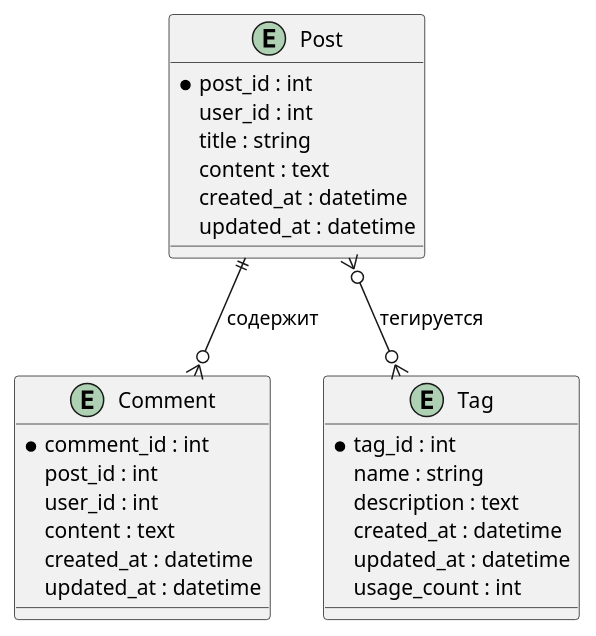
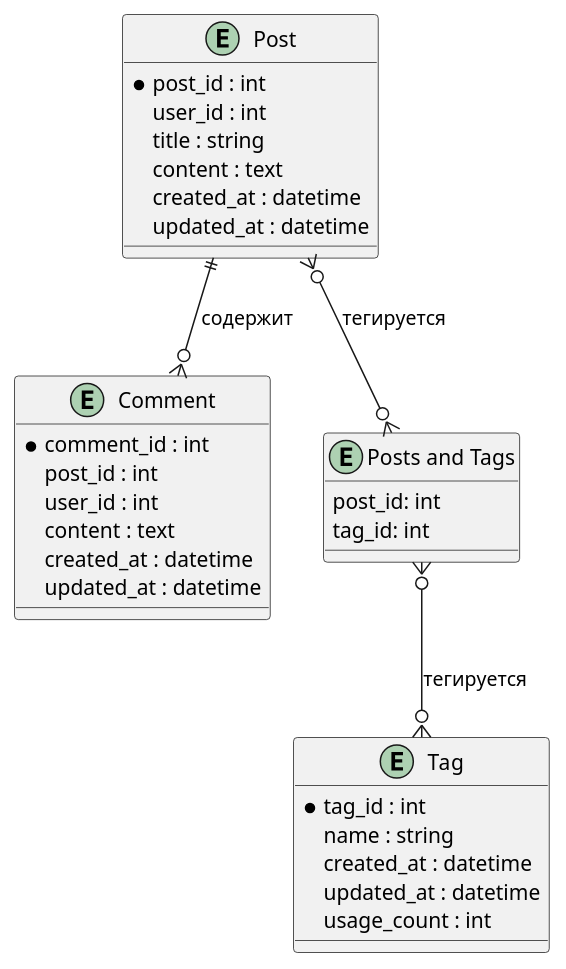
One commit to DotOnionDM/soa_social_network changed the diagram in docs/er_diagrams/activities_service.pu. Above: the diagram before and after it, drawn with PlantUML. The commit also changed 8 other files, not shown here.

```diff
--- a/docs/er_diagrams/activities_service.pu
+++ b/docs/er_diagrams/activities_service.pu
@@ -1,39 +1,36 @@
 @startuml "Posts and Comments Service ER Diagram"
-' Таблица постов (6 атрибутов)
 entity "Post" as P {
   *post_id : int
   user_id : int
   title : string
   content : text
   created_at : datetime
   updated_at : datetime
 }
 
-' Таблица комментариев (6 атрибутов)
 entity "Comment" as C {
   *comment_id : int
   post_id : int
   user_id : int
   content : text
   created_at : datetime
   updated_at : datetime
 }
 
-' Таблица тегов (6 атрибутов)
 entity "Tag" as T {
   *tag_id : int
   name : string
-  description : text
   created_at : datetime
   updated_at : datetime
   usage_count : int
 }
 
-' Связи:
-' Один пост может иметь множество комментариев
+entity "Posts and Tags" AS PT {
+  post_id: int
+  tag_id: int
+}
+
 P ||--o{ C : "содержит"
-' Отношение многие-ко-многим между постами и тегами:
-' Для этой связи обычно создаётся дополнительная таблица, однако здесь Tag выступает как сущность,
-' а связь может быть реализована через join-таблицу, которую опускаем для простоты.
-P }o--o{ T : "тегируется"
+P }o--o{ PT : "тегируется"
+PT }o--o{ T : "тегируется" 
 @enduml
```
